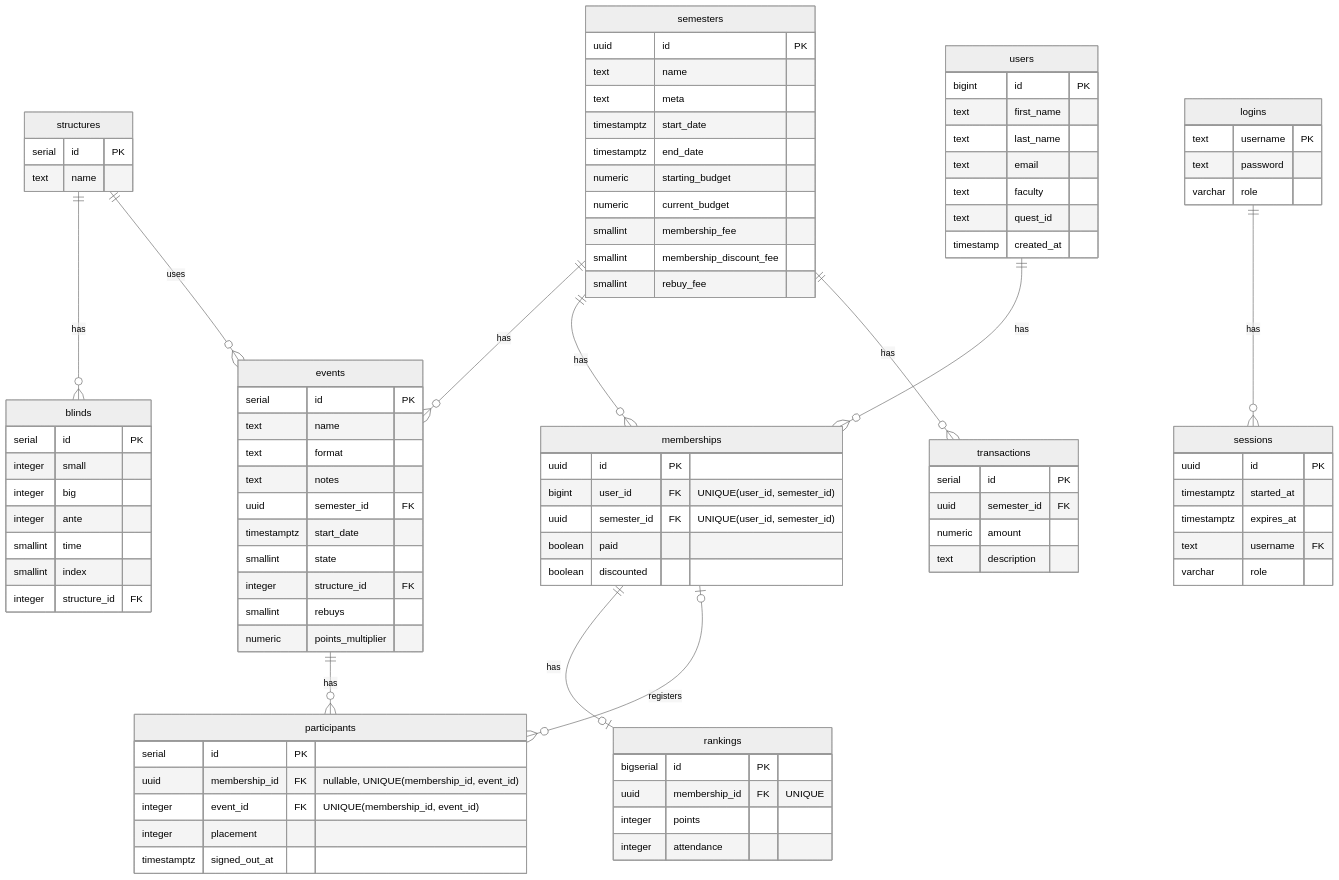
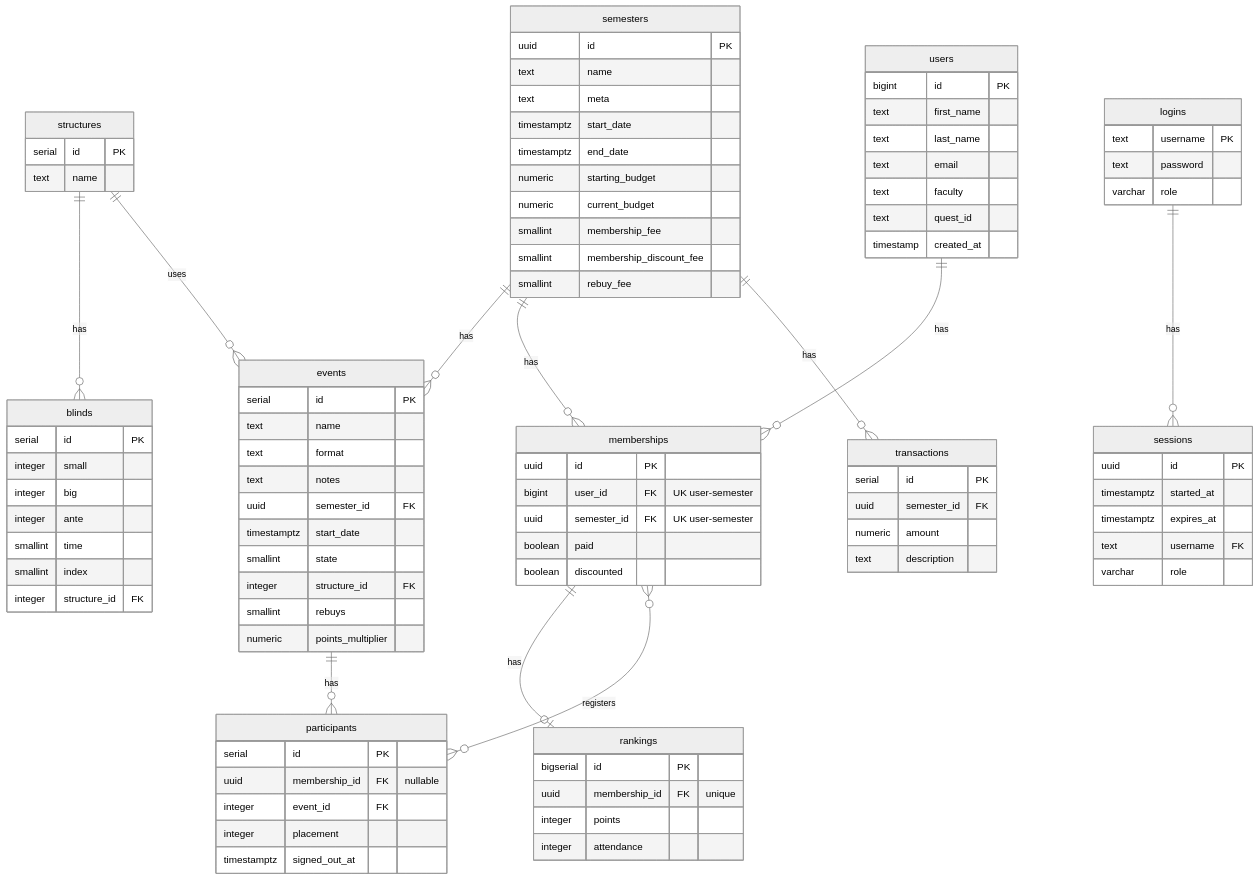
Before and after one commit to uwpokerclub/website: the diagram in docs/database-schema.md, drawn with Mermaid (neutral theme).

Commit message:
fix(docs): simplify ERD syntax for GitHub Mermaid compatibility

````diff
--- a/docs/database-schema.md
+++ b/docs/database-schema.md
@@ -59,23 +59,23 @@
 
     memberships {
         uuid id PK
-        bigint user_id FK "UNIQUE(user_id, semester_id)"
-        uuid semester_id FK "UNIQUE(user_id, semester_id)"
+        bigint user_id FK "UK user-semester"
+        uuid semester_id FK "UK user-semester"
         boolean paid
         boolean discounted
     }
 
     participants {
         serial id PK
-        uuid membership_id FK "nullable, UNIQUE(membership_id, event_id)"
-        integer event_id FK "UNIQUE(membership_id, event_id)"
+        uuid membership_id FK "nullable"
+        integer event_id FK
         integer placement
         timestamptz signed_out_at
     }
 
     rankings {
         bigserial id PK
-        uuid membership_id FK "UNIQUE"
+        uuid membership_id FK "unique"
         integer points
         integer attendance
     }
@@ -108,7 +108,7 @@
     structures ||--o{ events : "uses"
     users ||--o{ memberships : "has"
     memberships ||--o| rankings : "has"
-    memberships |o--o{ participants : "registers"
+    memberships }o--o{ participants : "registers"
     events ||--o{ participants : "has"
     logins ||--o{ sessions : "has"
 ```
````
